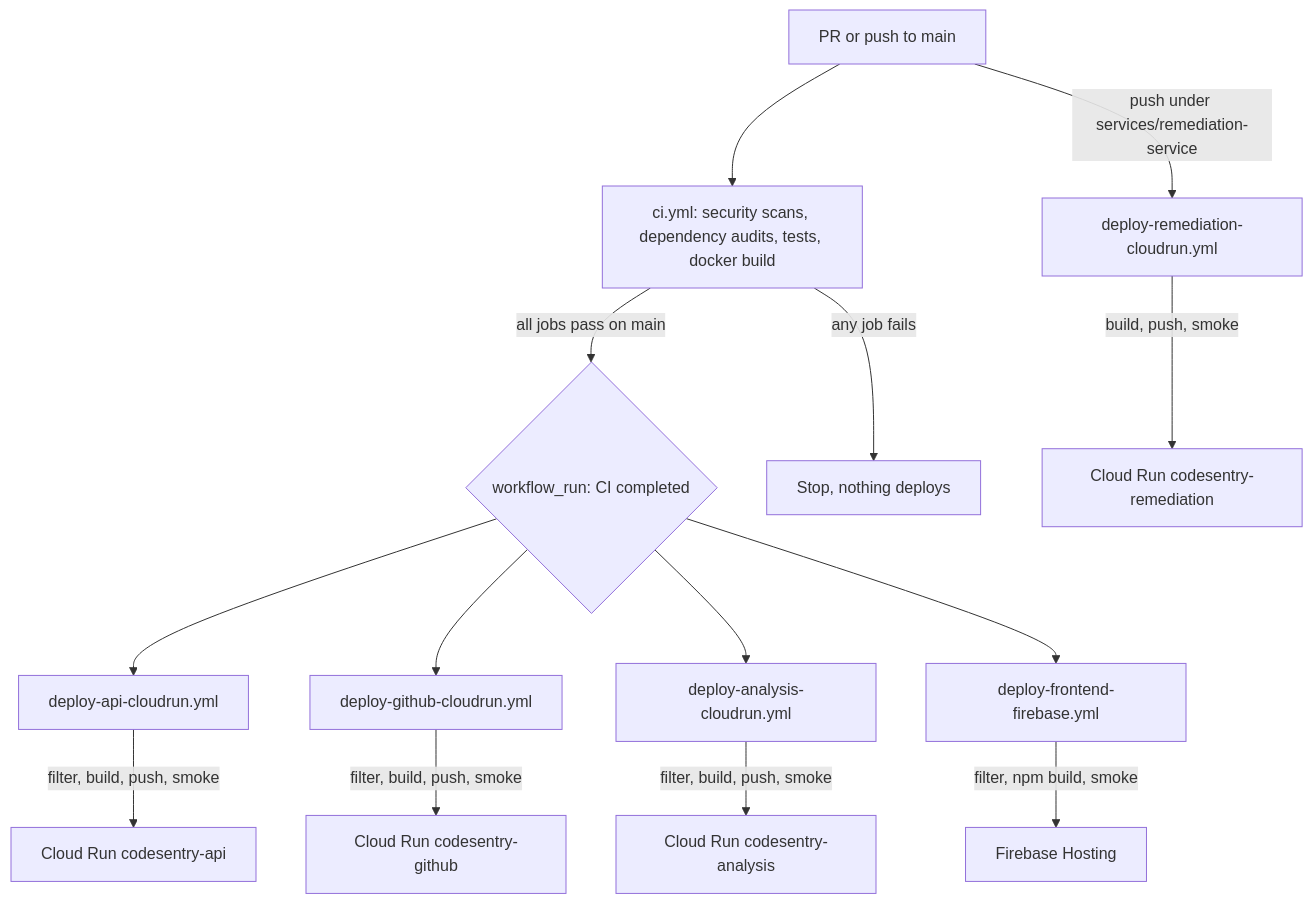
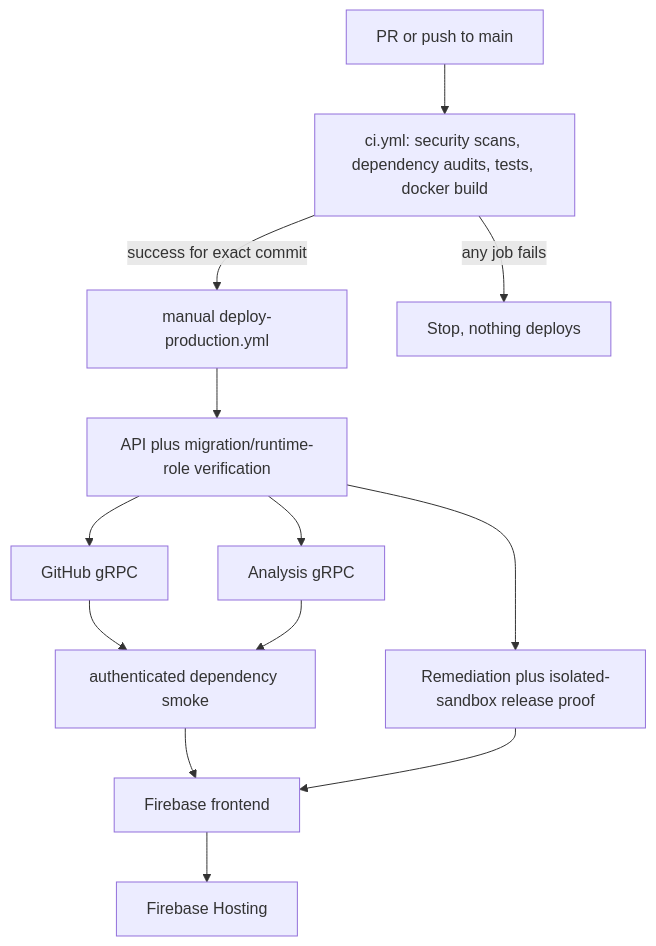
The diagram in docs/deployment/ci-cd-pipeline.md (Ahmad-Mamoon/mitig8it), drawn with Mermaid before and after one commit. The commit also changed other lines of this file and 216 other files, not shown here.

Commit message:
feat: harden analysis and verified remediation delivery

````diff
--- a/docs/deployment/ci-cd-pipeline.md
+++ b/docs/deployment/ci-cd-pipeline.md
@@ -12,19 +14,17 @@
 ```mermaid
 flowchart TD
   Trigger[PR or push to main] --> CI[ci.yml: security scans, dependency audits, tests, docker build]
-  CI -->|all jobs pass on main| Deploy{workflow_run: CI completed}
+  CI -->|success for exact commit| Deploy[manual deploy-production.yml]
   CI -->|any job fails| Stop[Stop, nothing deploys]
 
-  Deploy --> API[deploy-api-cloudrun.yml]
-  Deploy --> GH[deploy-github-cloudrun.yml]
-  Deploy --> Analysis[deploy-analysis-cloudrun.yml]
-  Deploy --> FE[deploy-frontend-firebase.yml]
+  Deploy --> API[API plus migration/runtime-role verification]
+  API --> GH[GitHub gRPC]
+  API --> Analysis[Analysis gRPC]
+  API --> Rem[Remediation plus isolated-sandbox release proof]
+  GH --> InternalSmoke[authenticated dependency smoke]
+  Analysis --> InternalSmoke
+  InternalSmoke --> FE[Firebase frontend]
+  Rem --> FE
 
-  API -->|filter, build, push, smoke| RunAPI[Cloud Run codesentry-api]
-  GH -->|filter, build, push, smoke| RunGH[Cloud Run codesentry-github]
-  Analysis -->|filter, build, push, smoke| RunAn[Cloud Run codesentry-analysis]
-  FE -->|filter, npm build, smoke| Firebase[Firebase Hosting]
-
-  Trigger -->|push under services/remediation-service| Rem[deploy-remediation-cloudrun.yml]
-  Rem -->|build, push, smoke| RunRem[Cloud Run codesentry-remediation]
+  FE --> Firebase[Firebase Hosting]
 ```
````
